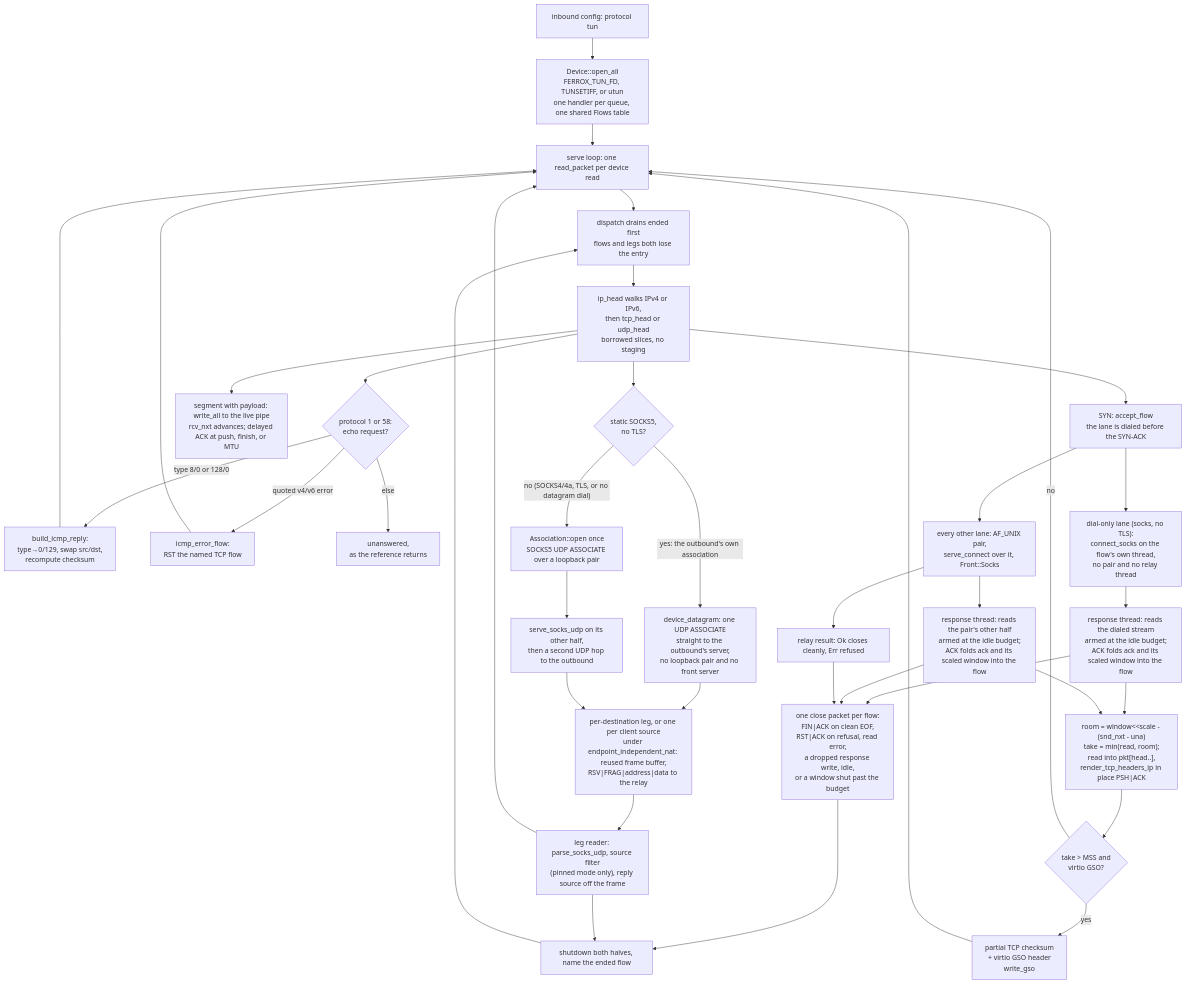
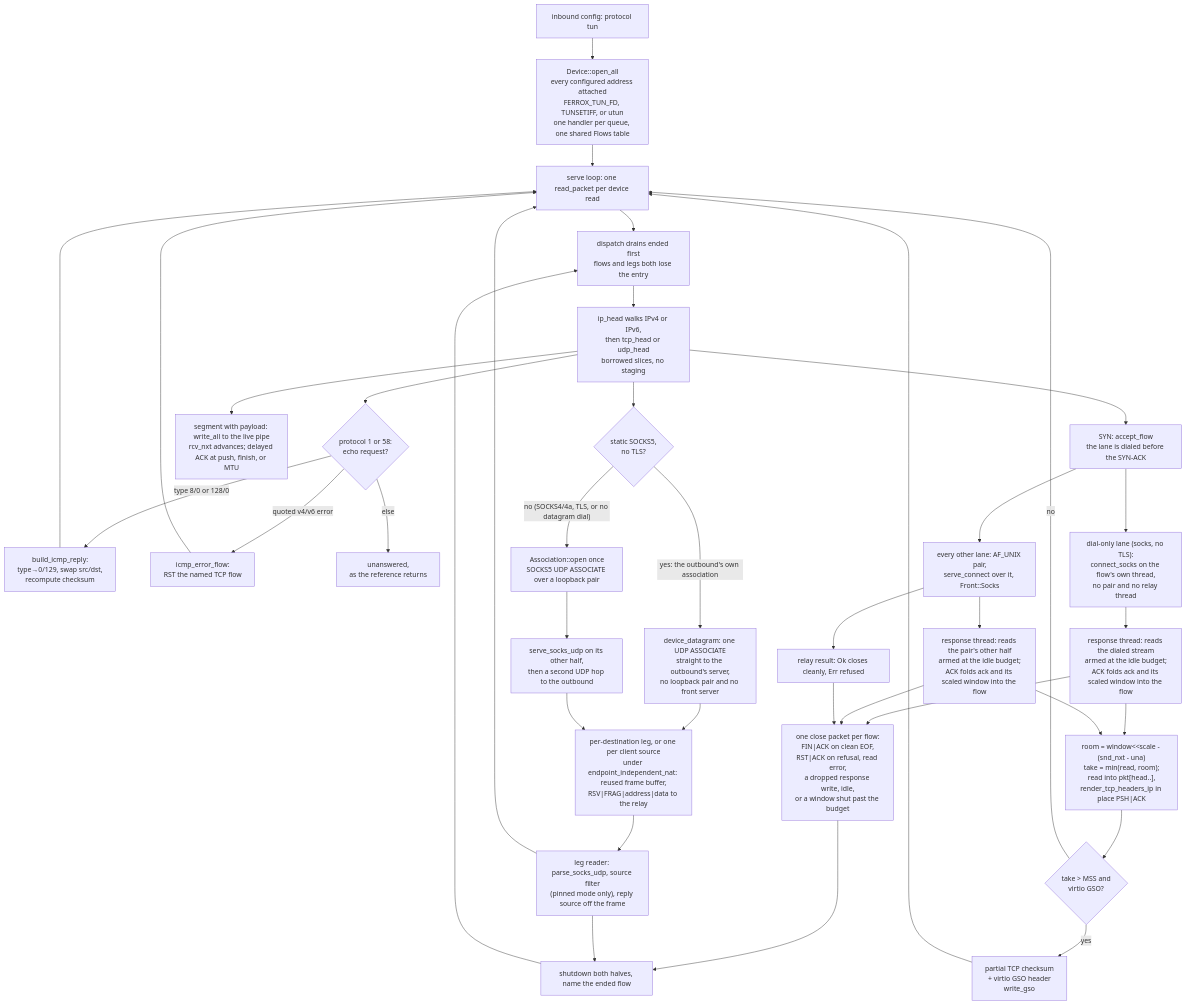
Before and after one commit to ferroxdev/ferrox: the diagram in docs/function/front-tun.md, drawn with Mermaid. The commit also changed other lines of this file and 6 other files, not shown here.

Commit message:
app: attach every address on the open device and hold eight on the userspace stack

````diff
--- a/docs/function/front-tun.md
+++ b/docs/function/front-tun.md
@@ -17,40 +17,40 @@
 ```mermaid
 graph TD
-    A["inbound config: protocol tun"] --> B["Device::open_all<br/>FERROX_TUN_FD, TUNSETIFF, or utun<br/>one handler per queue, one shared Flows table"]
+    A["inbound config: protocol tun"] --> B["Device::open_all<br/>every configured address attached<br/>FERROX_TUN_FD, TUNSETIFF, or utun<br/>one handler per queue, one shared Flows table"]
     B --> C["serve loop: one read_packet per device read"]
     C --> O["dispatch drains ended first<br/>flows and legs both lose the entry"]
     O --> D["ip_head walks IPv4 or IPv6,<br/>then tcp_head or udp_head<br/>borrowed slices, no staging"]
     D --> IC{"protocol 1 or 58:<br/>echo request?"}
     IC -- "type 8/0 or 128/0" --> ICa["build_icmp_reply:<br/>type→0/129, swap src/dst,<br/>recompute checksum"]
     ICa --> C
     IC -- "quoted v4/v6 error" --> ICe["icmp_error_flow:<br/>RST the named TCP flow"]
     ICe --> C
     IC -- "else" --> ICx["unanswered,<br/>as the reference returns"]
     D --> E["SYN: accept_flow<br/>the lane is dialed before the SYN-ACK"]
     E --> FD["dial-only lane (socks, no TLS):<br/>connect_socks on the flow's own thread,<br/>no pair and no relay thread"]
     E --> F["every other lane: AF_UNIX pair,<br/>serve_connect over it, Front::Socks"]
     D --> G["segment with payload: write_all to the live pipe<br/>rcv_nxt advances; delayed ACK at push, finish, or MTU"]
     FD --> HD["response thread: reads the dialed stream<br/>armed at the idle budget;<br/>ACK folds ack and its scaled window into the flow"]
     F --> HP["response thread: reads the pair's other half<br/>armed at the idle budget;<br/>ACK folds ack and its scaled window into the flow"]
     F --> HC["relay result: Ok closes cleanly, Err refused"]
     HD --> I["room = window&lt;&lt;scale - (snd_nxt - una)<br/>take = min(read, room);<br/>read into pkt[head..],<br/>render_tcp_headers_ip in place PSH|ACK"]
     HP --> I
     I --> IG{"take > MSS and<br/>virtio GSO?"}
     IG -- "yes" --> IGa["partial TCP checksum<br/>+ virtio GSO header<br/>write_gso"]
     IG -- "no" --> C
     IGa --> C
     HD --> HF["one close packet per flow:<br/>FIN|ACK on clean EOF,<br/>RST|ACK on refusal, read error,<br/>a dropped response write, idle,<br/>or a window shut past the budget"]
     HP --> HF
     HC --> HF
     D --> JD{"static SOCKS5,<br/>no TLS?"}
     JD -- "yes: the outbound's own association" --> KD["device_datagram: one UDP ASSOCIATE<br/>straight to the outbound's server,<br/>no loopback pair and no front server"]
     JD -- "no (SOCKS4/4a, TLS, or no datagram dial)" --> JA["Association::open once<br/>SOCKS5 UDP ASSOCIATE over a loopback pair"]
     JA --> KA["serve_socks_udp on its other half,<br/>then a second UDP hop to the outbound"]
     KD --> L["per-destination leg, or one per client source<br/>under endpoint_independent_nat: reused frame buffer,<br/>RSV|FRAG|address|data to the relay"]
     KA --> L
     L --> M["leg reader: parse_socks_udp, source filter<br/>(pinned mode only), reply source off the frame"]
     M --> C
     HF --> N["shutdown both halves, name the ended flow"]
     M --> N
     N --> O
 ```
````
